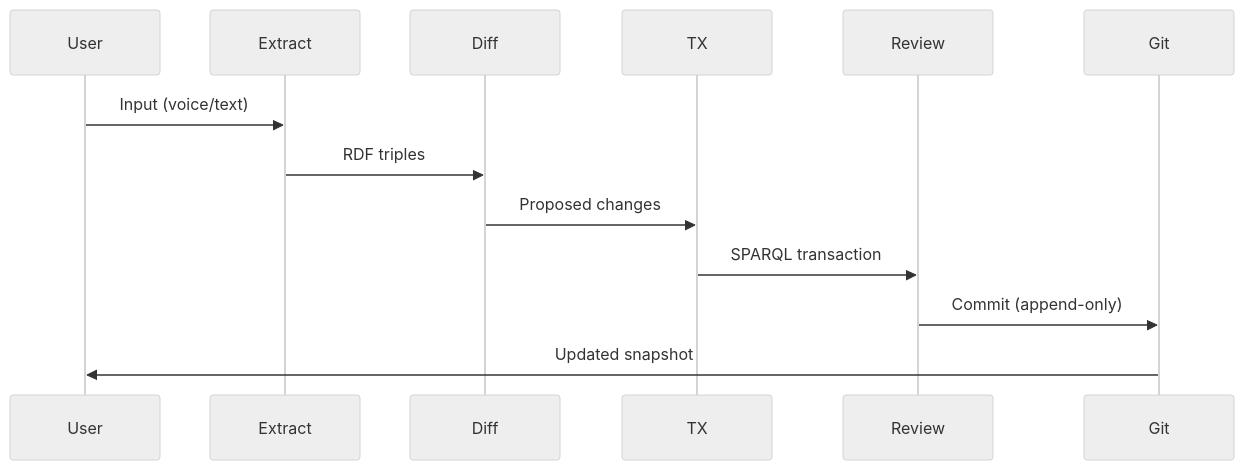
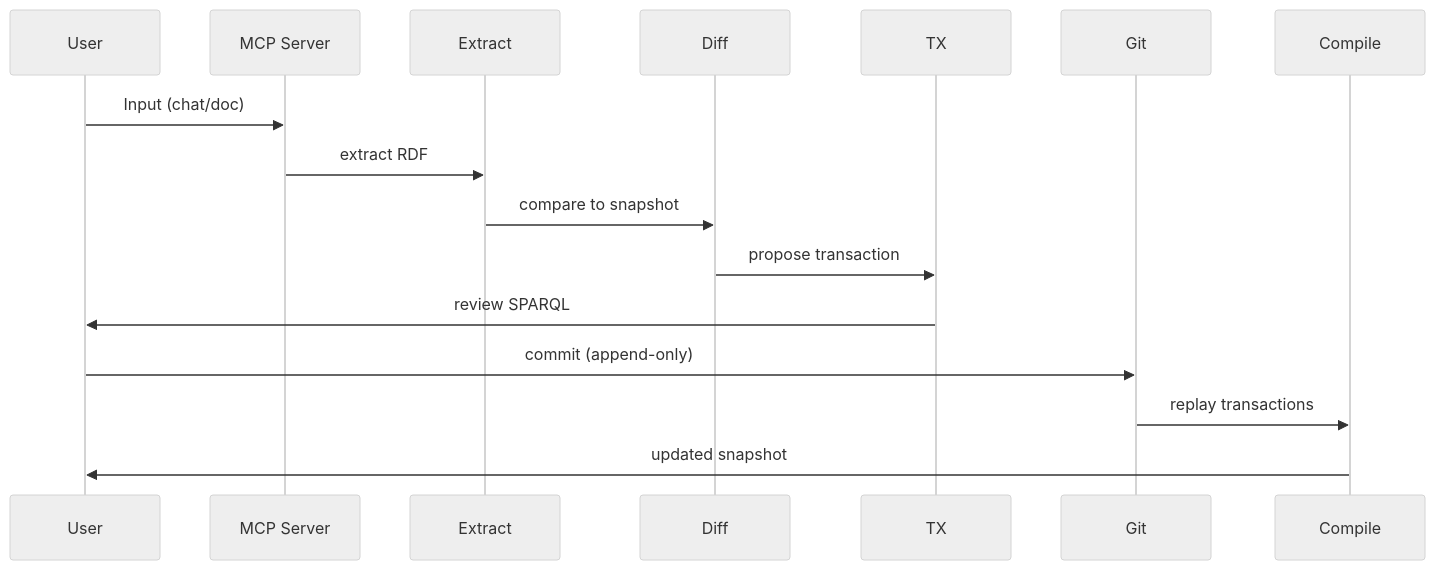
Before and after one commit to Synthetic-Identity-Co/conj-talk-2025: the second of 5 diagrams in presenter.md, drawn with Mermaid (neutral theme). The commit also changed other lines of this file, not shown here.

````diff
--- a/presenter.md
+++ b/presenter.md
@@ -72,16 +86,19 @@
 ```mermaid
 sequenceDiagram
     participant User
+    participant MCP as MCP Server
     participant Extract
     participant Diff
     participant TX
-    participant Review
     participant Git
+    participant Compile
     
-    User->>Extract: Input (voice/text)
-    Extract->>Diff: RDF triples
-    Diff->>TX: Proposed changes
-    TX->>Review: SPARQL transaction
-    Review->>Git: Commit (append-only)
-    Git->>User: Updated snapshot
+    User->>MCP: Input (chat/doc)
+    MCP->>Extract: extract RDF
+    Extract->>Diff: compare to snapshot
+    Diff->>TX: propose transaction
+    TX->>User: review SPARQL
+    User->>Git: commit (append-only)
+    Git->>Compile: replay transactions
+    Compile->>User: updated snapshot
 ```
````
